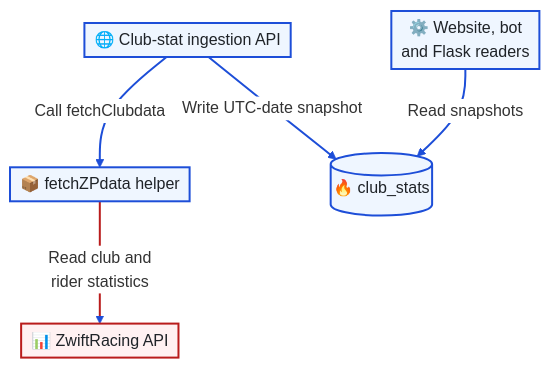
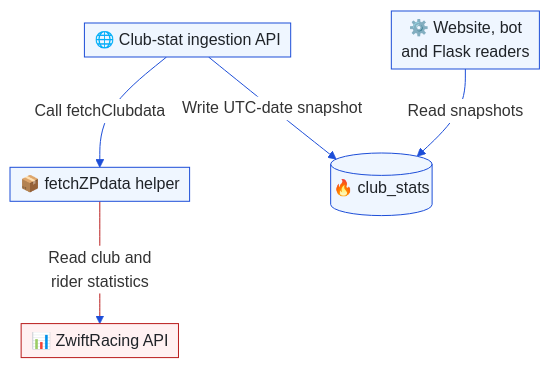
One commit to T00few2/dzr changed the second of 3 diagrams in docs/architecture/data.md. Above: the diagram before and after it, drawn with Mermaid. The commit also changed other lines of this file and 34 other files, not shown here.

Commit message:
docs: use normal strokes and enforce 12px sequence labels

````diff
--- a/docs/architecture/data.md
+++ b/docs/architecture/data.md
@@ -101,25 +101,25 @@
 ```mermaid
 ---
 config:
   theme: base
   themeVariables:
     edgeLabelBackground: '#ffffff'
   themeCSS: |
     .edgeLabel, .edgeLabel p { font-size: 12px !important; }
     :is(&) { background: #ffffff; }
   flowchart:
     padding: 5
     nodeSpacing: 35
     rankSpacing: 60
 ---
 flowchart TB
     ingest["🌐 Club-stat ingestion API"] -->|Call fetchClubdata| adapter["📦 fetchZPdata helper"]
     ingest -->|Write UTC-date snapshot| stats[("🔥 club_stats")]
     readers["⚙️ Website, bot<br/>and Flask readers"] -->|Read snapshots| stats
     adapter -->|Read club and<br/>rider statistics| zr["📊 ZwiftRacing API"]
-    classDef default fill:#eff6ff,stroke:#1d4ed8,stroke-width:2px,color:#1f2328
-    classDef external fill:#fff1f2,stroke:#b91c1c,stroke-width:2px,color:#1f2328
-    linkStyle default stroke:#1d4ed8,stroke-width:2px
+    classDef default fill:#eff6ff,stroke:#1d4ed8,color:#1f2328
+    classDef external fill:#fff1f2,stroke:#b91c1c,color:#1f2328
+    linkStyle default stroke:#1d4ed8
     class zr external
-    linkStyle 3 stroke:#b91c1c,stroke-width:2px
+    linkStyle 3 stroke:#b91c1c
 ```
````
